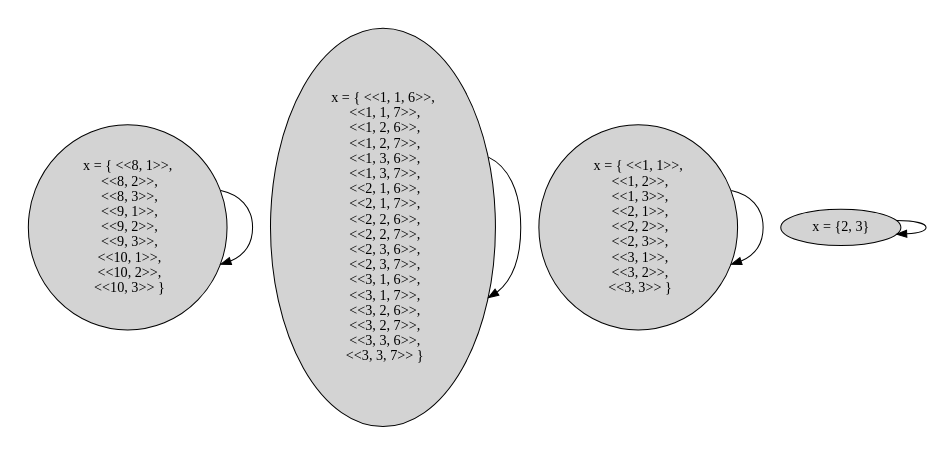
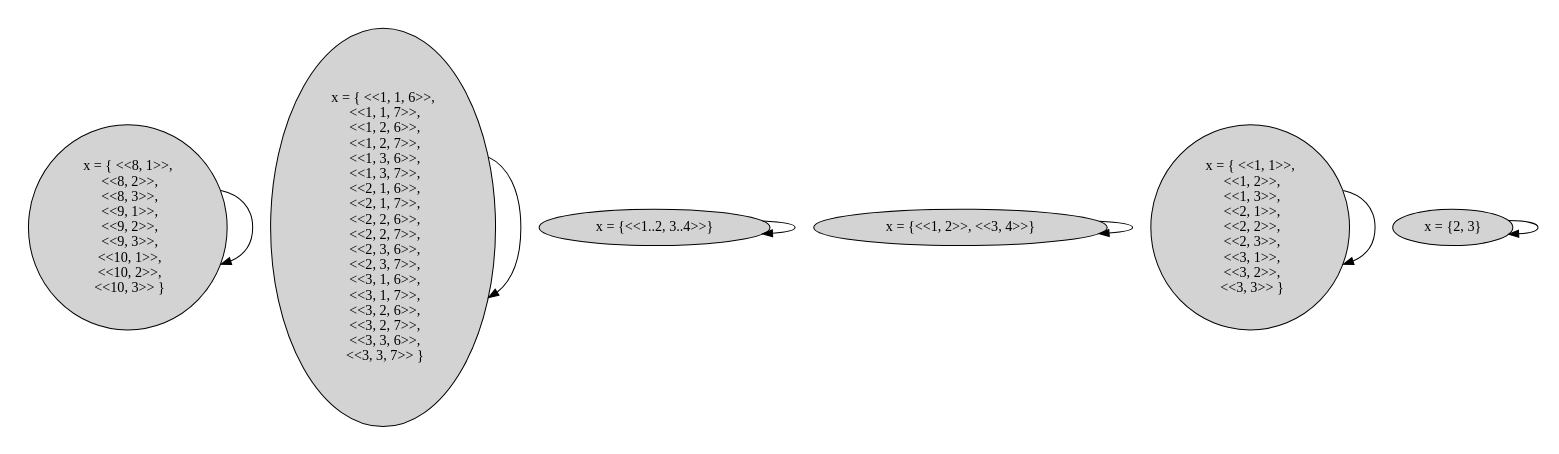
One commit to will62794/tla-web changed the diagram in specs/with_state_graphs/simple_setfiltermap.tla.dot. Above: the diagram before and after it, drawn with Graphviz. The commit also changed 4 other files, not shown here.

```diff
--- a/specs/with_state_graphs/simple_setfiltermap.tla.dot
+++ b/specs/with_state_graphs/simple_setfiltermap.tla.dot
@@ -1,15 +1,19 @@
 strict digraph DiskGraph {
 nodesep=0.35;
 subgraph cluster_graph {
 color="white";
 7370575430079608434 [label="x = {2, 3}",style = filled]
 -3429641837317456069 [label="x = { <<1, 1>>,\n  <<1, 2>>,\n  <<1, 3>>,\n  <<2, 1>>,\n  <<2, 2>>,\n  <<2, 3>>,\n  <<3, 1>>,\n  <<3, 2>>,\n  <<3, 3>> }",style = filled]
+696694893041978063 [label="x = {<<1, 2>>, <<3, 4>>}",style = filled]
+5224055924065369293 [label="x = {<<1..2, 3..4>>}",style = filled]
 -1459396710344290912 [label="x = { <<1, 1, 6>>,\n  <<1, 1, 7>>,\n  <<1, 2, 6>>,\n  <<1, 2, 7>>,\n  <<1, 3, 6>>,\n  <<1, 3, 7>>,\n  <<2, 1, 6>>,\n  <<2, 1, 7>>,\n  <<2, 2, 6>>,\n  <<2, 2, 7>>,\n  <<2, 3, 6>>,\n  <<2, 3, 7>>,\n  <<3, 1, 6>>,\n  <<3, 1, 7>>,\n  <<3, 2, 6>>,\n  <<3, 2, 7>>,\n  <<3, 3, 6>>,\n  <<3, 3, 7>> }",style = filled]
 -5443469706767774398 [label="x = { <<8, 1>>,\n  <<8, 2>>,\n  <<8, 3>>,\n  <<9, 1>>,\n  <<9, 2>>,\n  <<9, 3>>,\n  <<10, 1>>,\n  <<10, 2>>,\n  <<10, 3>> }",style = filled]
 7370575430079608434 -> 7370575430079608434 [label="",color="black",fontcolor="black"];
 -3429641837317456069 -> -3429641837317456069 [label="",color="black",fontcolor="black"];
+696694893041978063 -> 696694893041978063 [label="",color="black",fontcolor="black"];
+5224055924065369293 -> 5224055924065369293 [label="",color="black",fontcolor="black"];
 -1459396710344290912 -> -1459396710344290912 [label="",color="black",fontcolor="black"];
 -5443469706767774398 -> -5443469706767774398 [label="",color="black",fontcolor="black"];
-{rank = same; -5443469706767774398;-3429641837317456069;7370575430079608434;-1459396710344290912;}
+{rank = same; -5443469706767774398;-3429641837317456069;7370575430079608434;696694893041978063;5224055924065369293;-1459396710344290912;}
 }
 }
```
